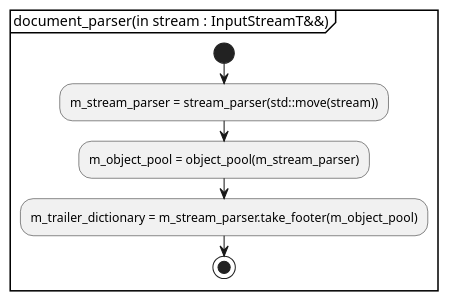
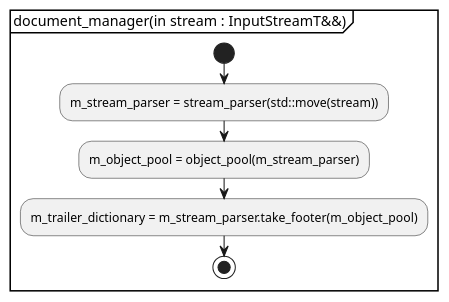
Before and after one commit to KodaiYM/PDFReader: the first of 5 diagrams in document/document_parser.activity.pu, drawn with PlantUML. The commit also changed 2 other files, not shown here.

Commit message:
document_parser の名前を document_manager に変更

```diff
--- a/document/document_parser.activity.pu
+++ b/document/document_parser.activity.pu
@@ -1,9 +1,9 @@
-@startuml document_parser
-partition "document_parser(in stream : InputStreamT&&)" {
+@startuml document_manager
+partition "document_manager(in stream : InputStreamT&&)" {
 start
 	:m_stream_parser = stream_parser(std::move(stream));
 	:m_object_pool = object_pool(m_stream_parser);
 	:m_trailer_dictionary = m_stream_parser.take_footer(m_object_pool);
 stop
 }
 @enduml
```
